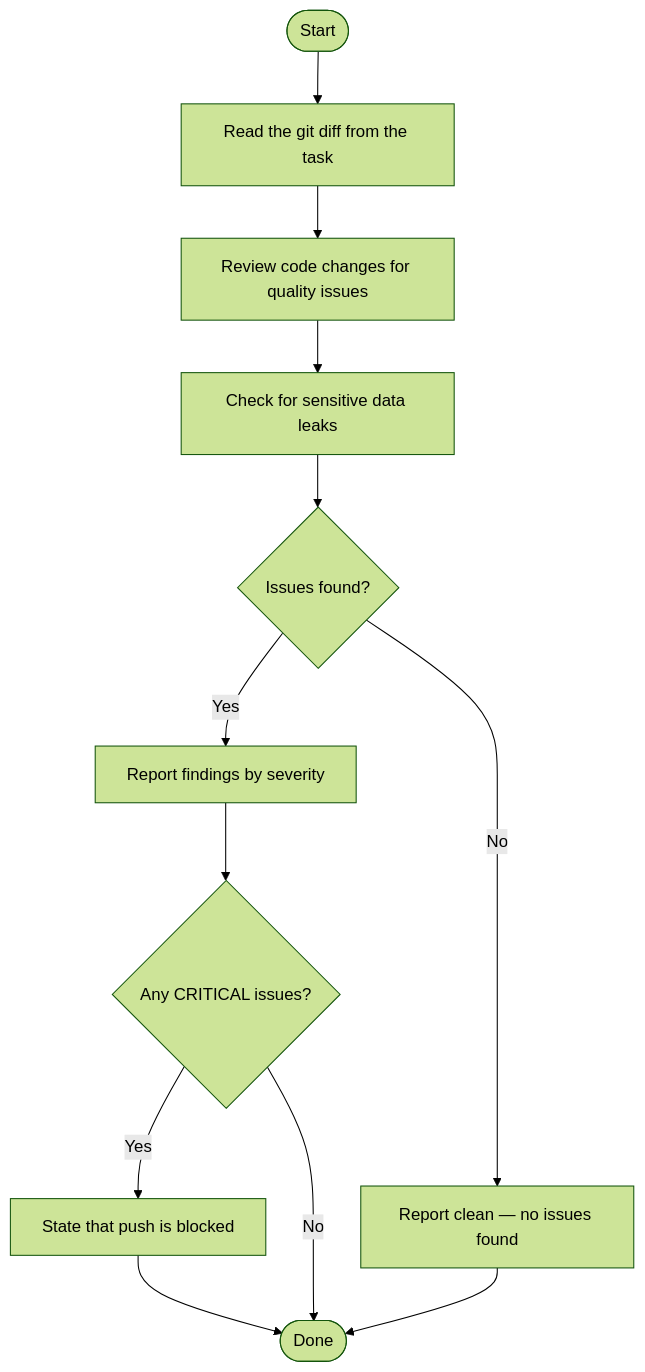
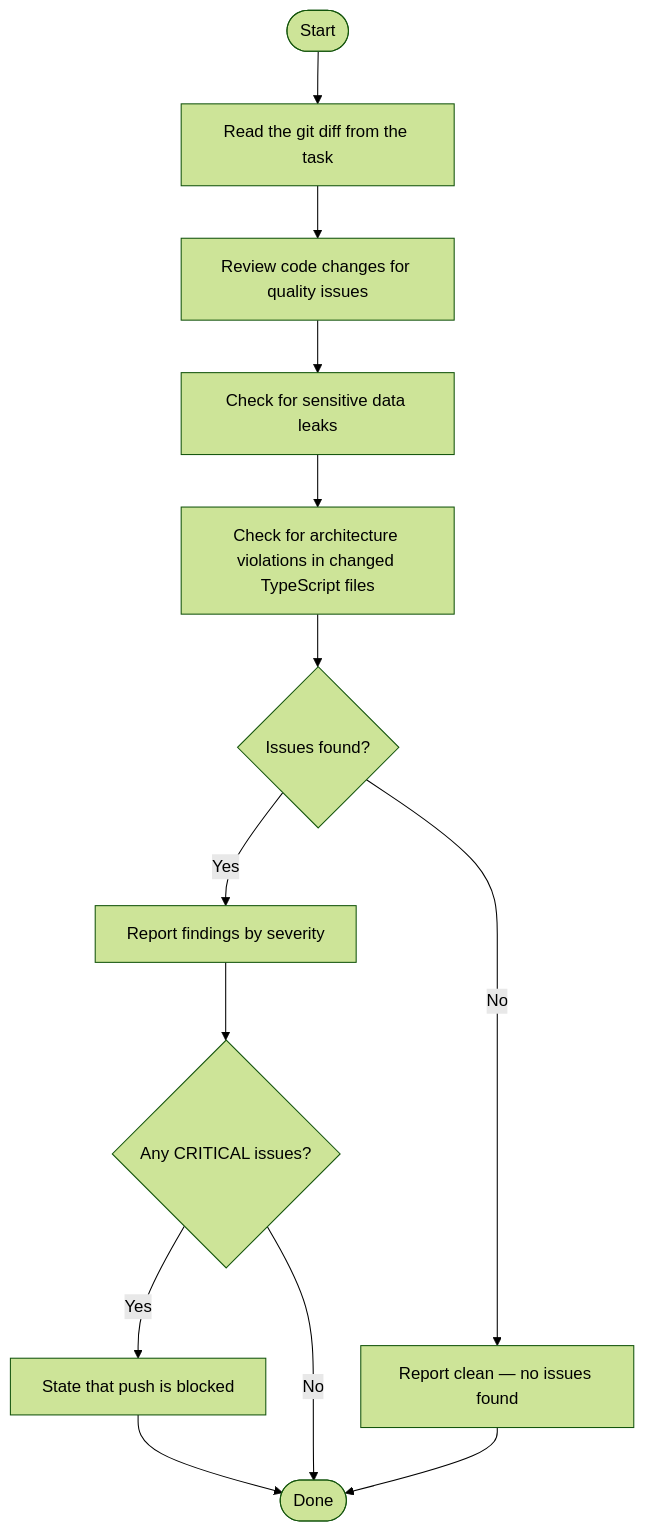
One commit to s-age/perclst changed the diagram in procedures/code-inspector.md. Above: the diagram before and after it, drawn with Mermaid (forest theme). The commit also changed other lines of this file and 1 other file, not shown here.

Commit message:
feat(inspect): add architecture violation check to code-inspector
Procedure now includes a CheckArch step; skill step 4 explains how to
identify layer membership and flag forbidden cross-layer imports as
CRITICAL findings. Consult line added for the arch skill.

````diff
--- a/procedures/code-inspector.md
+++ b/procedures/code-inspector.md
@@ -5,14 +5,15 @@
 ```mermaid
 flowchart TD
     Start([Start]) --> ReadDiff[Read the git diff from the task]
     ReadDiff --> ReviewCode[Review code changes for quality issues]
     ReviewCode --> CheckSensitive[Check for sensitive data leaks]
-    CheckSensitive --> AnyIssues{Issues found?}
+    CheckSensitive --> CheckArch[Check for architecture violations in changed TypeScript files]
+    CheckArch --> AnyIssues{Issues found?}
     AnyIssues -- Yes --> Report[Report findings by severity]
     AnyIssues -- No --> Clean[Report clean — no issues found]
     Report --> HasCritical{Any CRITICAL issues?}
     HasCritical -- Yes --> Block[State that push is blocked]
     HasCritical -- No --> Done([Done])
     Clean --> Done
     Block --> Done
 ```
````
